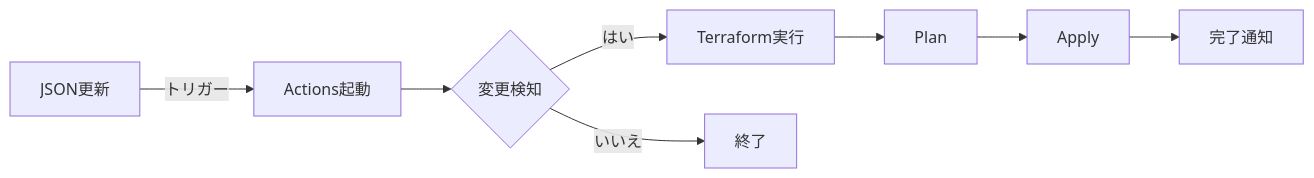
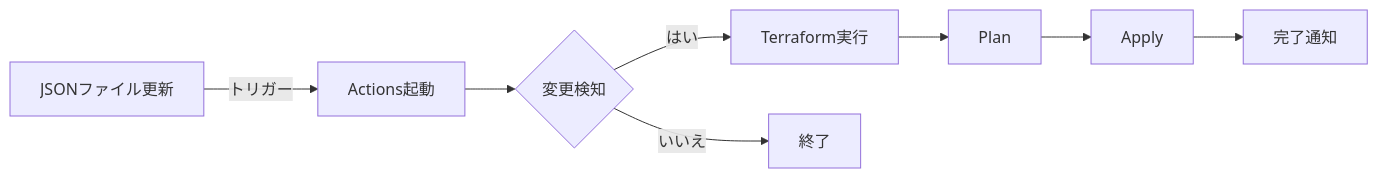
One commit to ssssssssei/terraform-iamusers-from-json changed the second of 4 diagrams in README.md. Above: the diagram before and after it, drawn with Mermaid. The commit also changed other lines of this file, not shown here.

````diff
--- a/README.md
+++ b/README.md
@@ -78,10 +78,10 @@
 ```mermaid
 flowchart LR
-    A[JSON更新] -->|トリガー| B[Actions起動]
+    A[JSONファイル更新] -->|トリガー| B[Actions起動]
     B --> C{変更検知}
     C -->|はい| D[Terraform実行]
     C -->|いいえ| E[終了]
     D --> F[Plan]
     F --> G[Apply]
     G --> H[完了通知]
 ```
````
